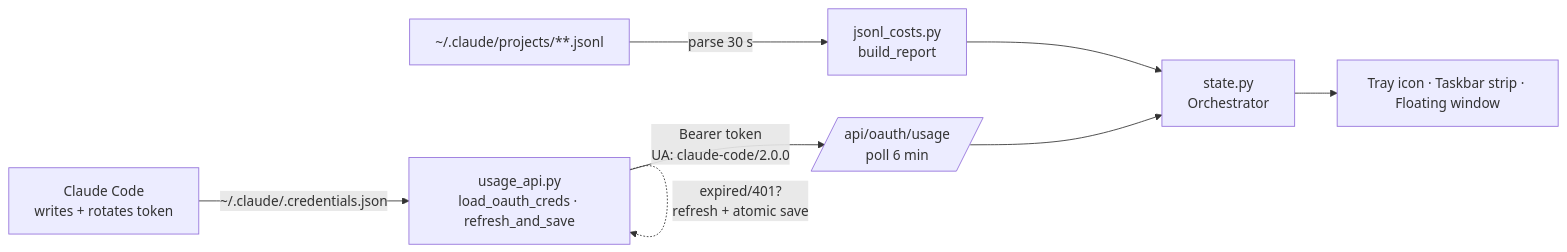
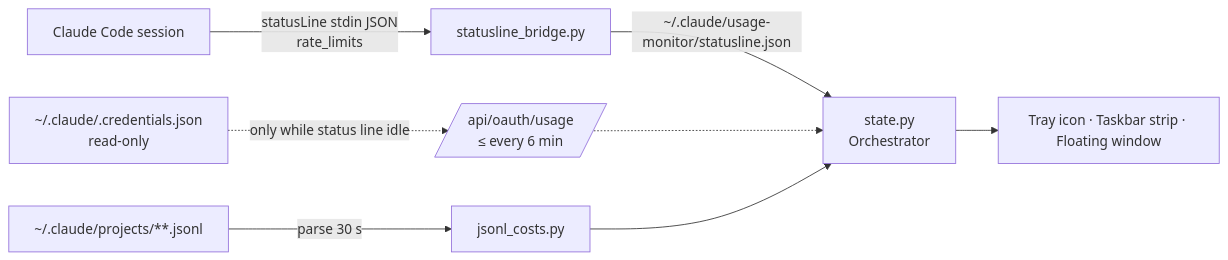
The diagram in README.md (Cohenjikan/ClaudeUsageMoniter), drawn with Mermaid before and after one commit. The commit also changed other lines of this file and 6 other files, not shown here.

````diff
--- a/README.md
+++ b/README.md
@@ -165,10 +164,10 @@
 ```mermaid
 flowchart LR
-    A[Claude Code<br/>writes + rotates token] -->|~/.claude/.credentials.json| B[usage_api.py<br/>load_oauth_creds · refresh_and_save]
-    B -->|Bearer token<br/>UA: claude-code/2.0.0| C[/api/oauth/usage<br/>poll 6 min/]
-    B -.->|expired/401?<br/>refresh + atomic save| B
-    C --> D[state.py<br/>Orchestrator]
-    E[~/.claude/projects/**.jsonl] -->|parse 30 s| F[jsonl_costs.py<br/>build_report]
+    CC[Claude Code session] -->|statusLine stdin JSON<br/>rate_limits| BR[statusline_bridge.py]
+    BR -->|~/.claude/usage-monitor/statusline.json| D[state.py<br/>Orchestrator]
+    CR[~/.claude/.credentials.json<br/>read-only] -.->|only while status line idle| API[/api/oauth/usage<br/>≤ every 6 min/]
+    API -.-> D
+    E[~/.claude/projects/**.jsonl] -->|parse 30 s| F[jsonl_costs.py]
     F --> D
     D --> G[Tray icon · Taskbar strip · Floating window]
 ```
````
